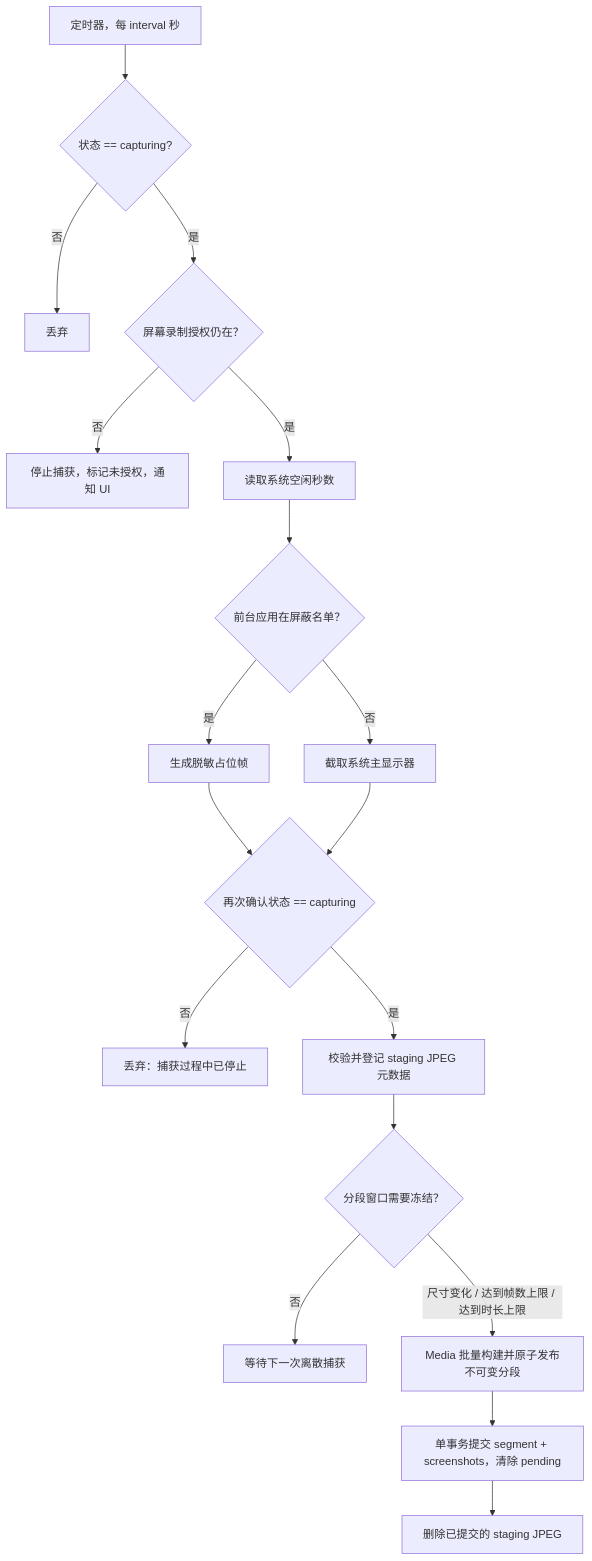
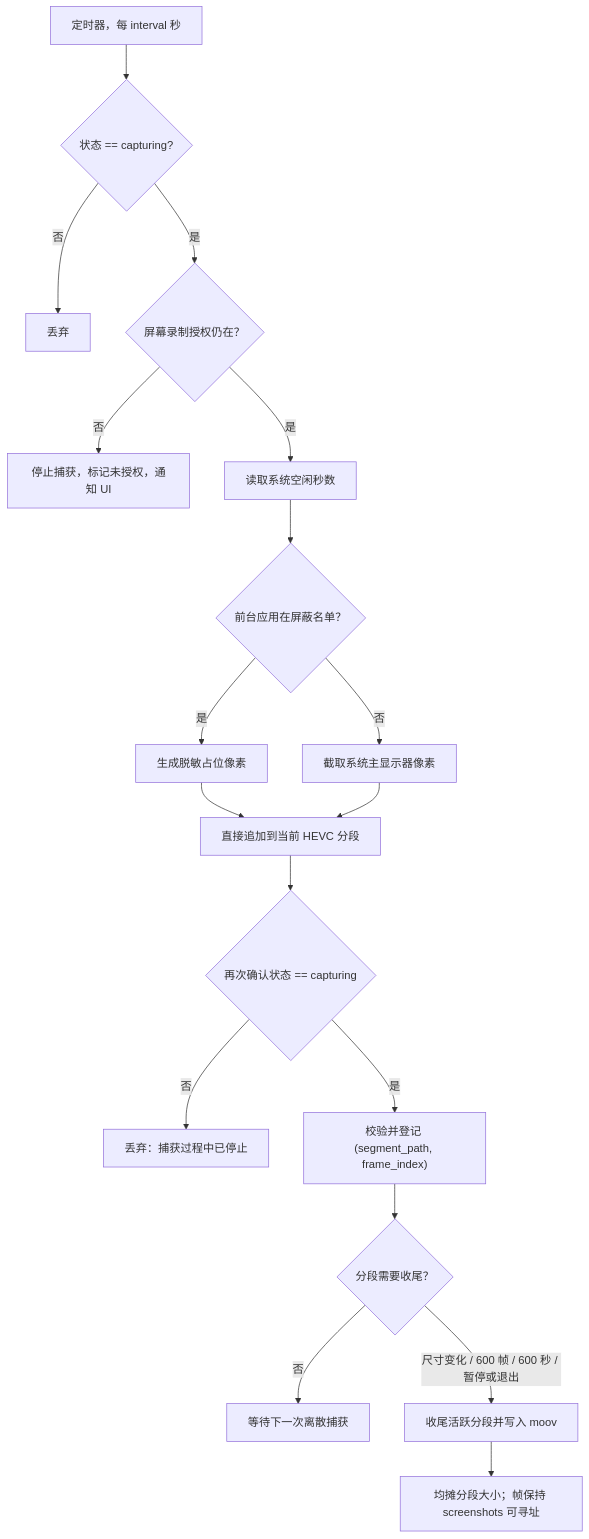
Before and after one commit to Jwz-git/Daygo: the first of 4 diagrams in docs/04-data-flow.md, drawn with Mermaid. The commit also changed other lines of this file and 22 other files, not shown here.

````diff
--- a/docs/04-data-flow.md
+++ b/docs/04-data-flow.md
@@ -13,20 +13,20 @@
 ```mermaid
 flowchart TD
     A["定时器，每 interval 秒"] --> B{"状态 == capturing?"}
     B -->|否| Z1["丢弃"]
     B -->|是| C{"屏幕录制授权仍在？"}
     C -->|否| Z2["停止捕获，标记未授权，通知 UI"]
     C -->|是| D["读取系统空闲秒数"]
     D --> E{"前台应用在屏蔽名单？"}
-    E -->|是| F["生成脱敏占位帧"]
-    E -->|否| G["截取系统主显示器"]
-    F --> I
-    G --> I{"再次确认状态 == capturing"}
+    E -->|是| F["生成脱敏占位像素"]
+    E -->|否| G["截取系统主显示器像素"]
+    F --> H["直接追加到当前 HEVC 分段"]
+    G --> H
+    H --> I{"再次确认状态 == capturing"}
     I -->|否| Z3["丢弃：捕获过程中已停止"]
-    I -->|是| J["校验并登记 staging JPEG 元数据"]
-    J --> K{"分段窗口需要冻结？"}
+    I -->|是| J["校验并登记 (segment_path, frame_index)"]
+    J --> K{"分段需要收尾？"}
     K -->|否| Z4["等待下一次离散捕获"]
-    K -->|"尺寸变化 / 达到帧数上限 / 达到时长上限"| L["Media 批量构建并原子发布不可变分段"]
-    L --> M["单事务提交 segment + screenshots，清除 pending"]
-    M --> N["删除已提交的 staging JPEG"]
+    K -->|"尺寸变化 / 600 帧 / 600 秒 / 暂停或退出"| L["收尾活跃分段并写入 moov"]
+    L --> M["均摊分段大小；帧保持 screenshots 可寻址"]
 ```
````
